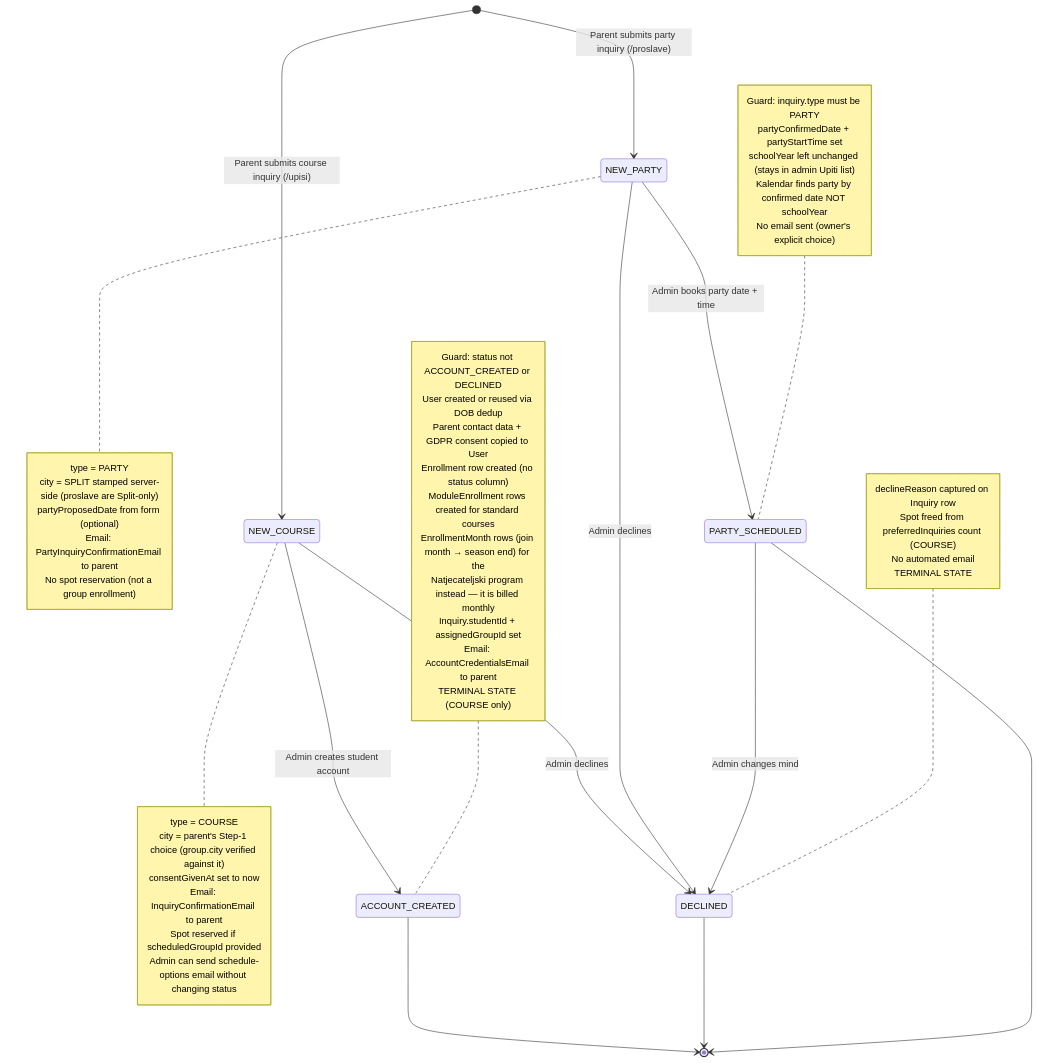
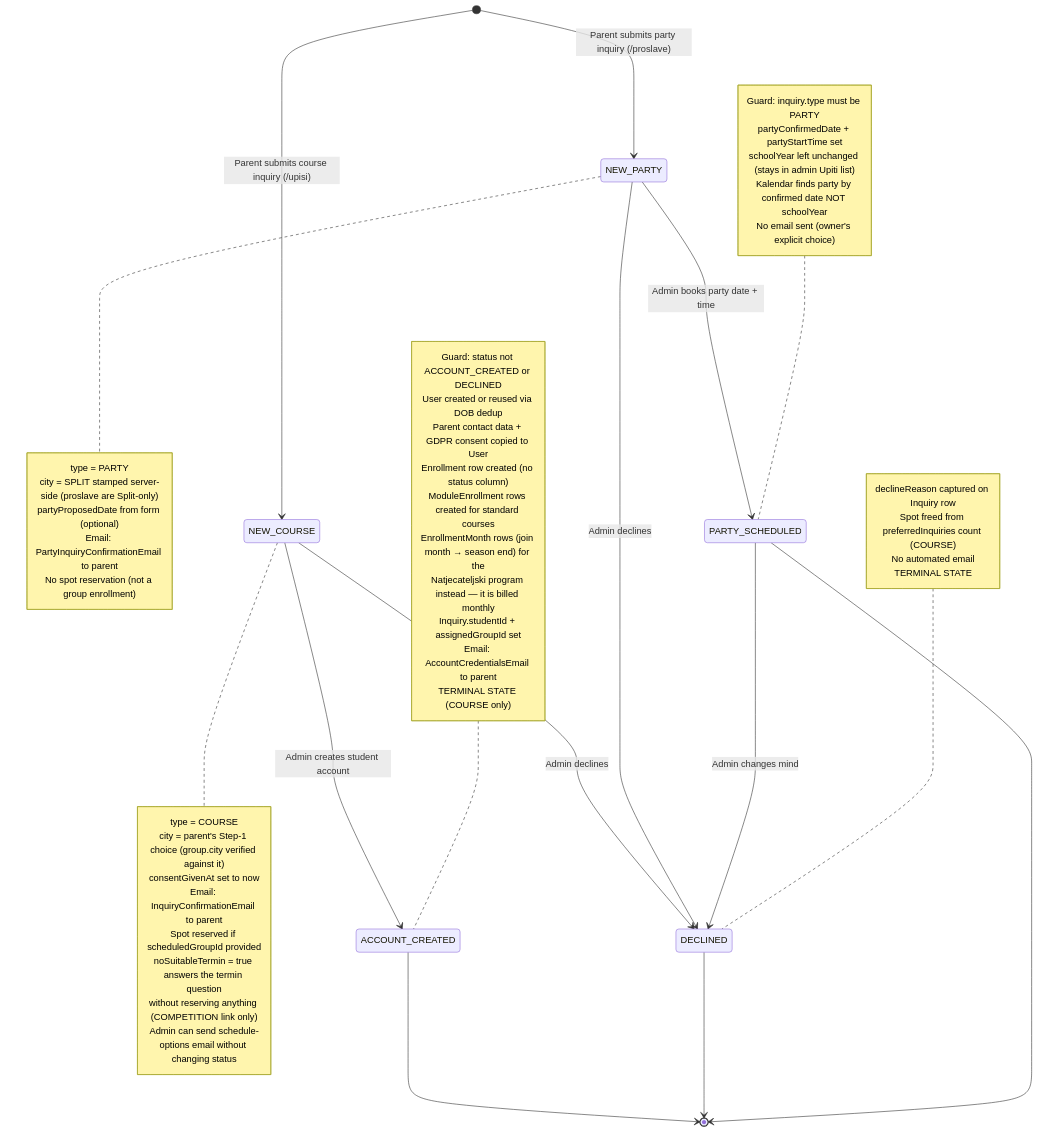
The first of 15 diagrams in docs/diagrams/enrollment-rules.md (jpucic00/inovatic), drawn with Mermaid before and after one commit. The commit also changed other lines of this file and 7 other files, not shown here.

````diff
--- a/docs/diagrams/enrollment-rules.md
+++ b/docs/diagrams/enrollment-rules.md
@@ -13,62 +13,64 @@
 ```mermaid
 stateDiagram-v2
     [*] --> NEW_COURSE: Parent submits course inquiry (/upisi)
     [*] --> NEW_PARTY: Parent submits party inquiry (/proslave)
 
     NEW_COURSE --> ACCOUNT_CREATED: Admin creates student account
     NEW_COURSE --> DECLINED: Admin declines
 
     NEW_PARTY --> PARTY_SCHEDULED: Admin books party date + time
     NEW_PARTY --> DECLINED: Admin declines
 
     PARTY_SCHEDULED --> DECLINED: Admin changes mind
 
     ACCOUNT_CREATED --> [*]
     DECLINED --> [*]
     PARTY_SCHEDULED --> [*]
 
     note right of NEW_COURSE
         type = COURSE
         city = parent's Step-1 choice (group.city verified against it)
         consentGivenAt set to now
         Email: InquiryConfirmationEmail to parent
         Spot reserved if scheduledGroupId provided
+        noSuitableTermin = true answers the termin question
+        without reserving anything (COMPETITION link only)
         Admin can send schedule-options email without changing status
     end note
 
     note right of NEW_PARTY
         type = PARTY
         city = SPLIT stamped server-side (proslave are Split-only)
         partyProposedDate from form (optional)
         Email: PartyInquiryConfirmationEmail to parent
         No spot reservation (not a group enrollment)
     end note
 
     note left of ACCOUNT_CREATED
         Guard: status not ACCOUNT_CREATED or DECLINED
         User created or reused via DOB dedup
         Parent contact data + GDPR consent copied to User
         Enrollment row created (no status column)
         ModuleEnrollment rows created for standard courses
         EnrollmentMonth rows (join month → season end) for the
         Natjecateljski program instead — it is billed monthly
         Inquiry.studentId + assignedGroupId set
         Email: AccountCredentialsEmail to parent
         TERMINAL STATE (COURSE only)
     end note
 
     note left of PARTY_SCHEDULED
         Guard: inquiry.type must be PARTY
         partyConfirmedDate + partyStartTime set
         schoolYear left unchanged (stays in admin Upiti list)
         Kalendar finds party by confirmed date NOT schoolYear
         No email sent (owner's explicit choice)
     end note
 
     note left of DECLINED
         declineReason captured on Inquiry row
         Spot freed from preferredInquiries count (COURSE)
         No automated email
         TERMINAL STATE
     end note
 ```
````
